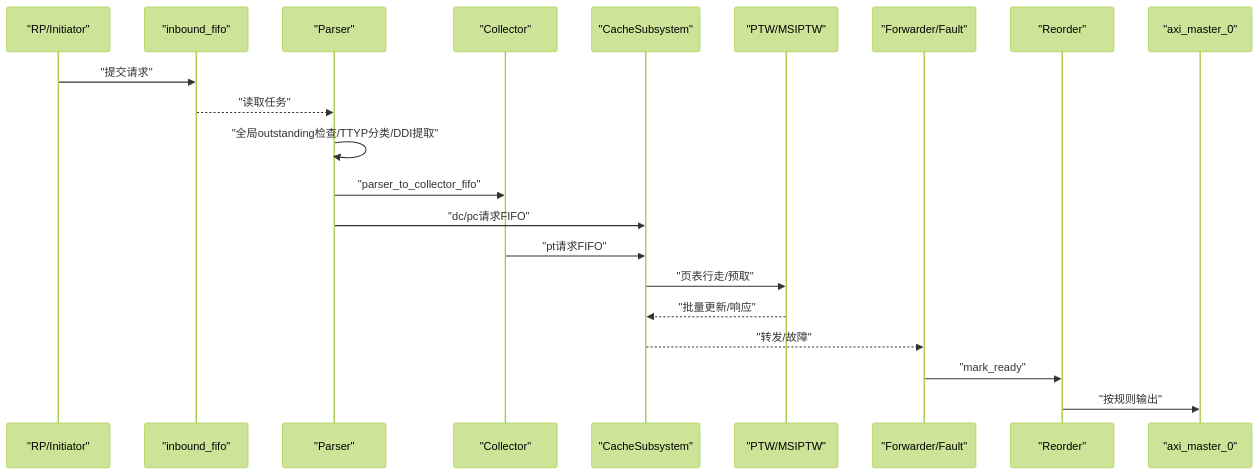
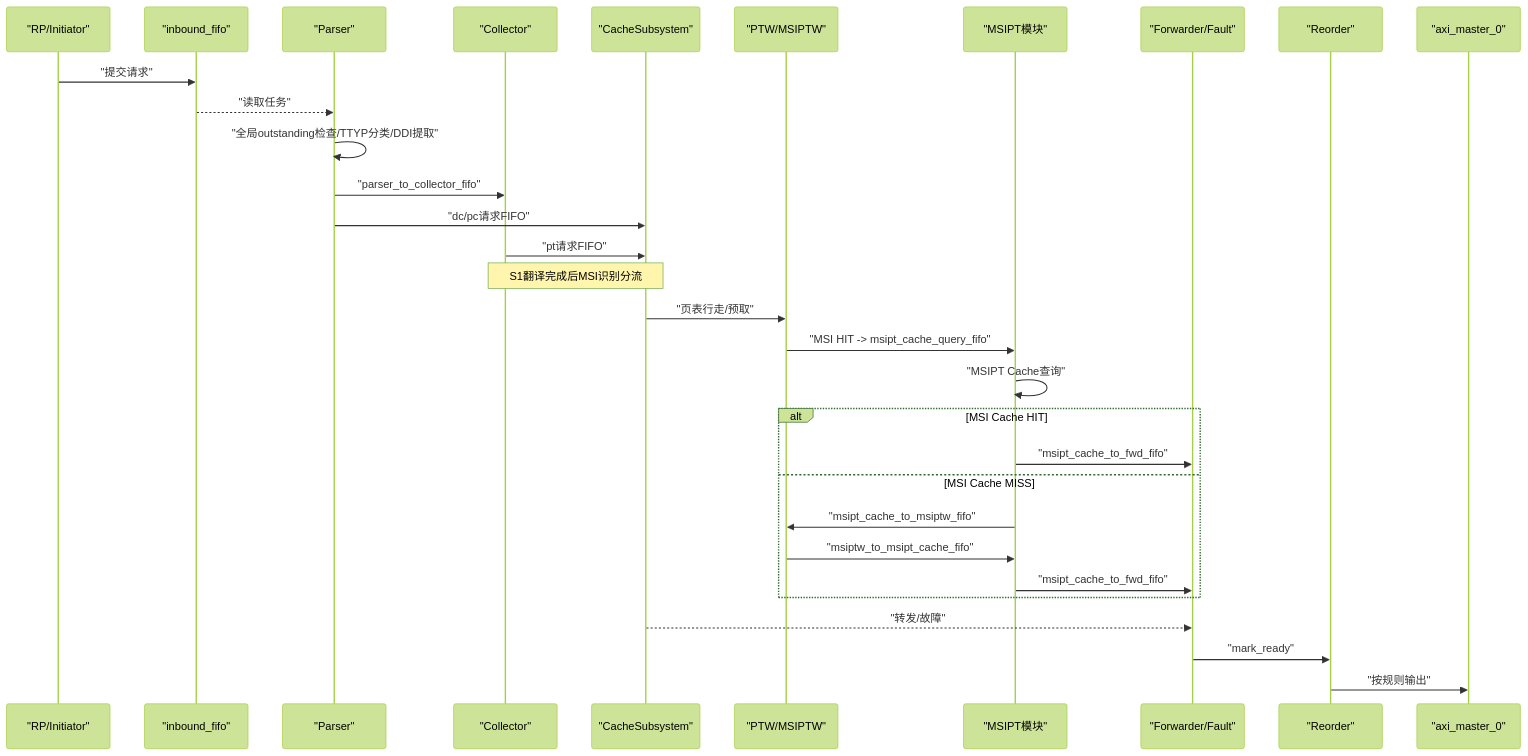
Before and after one commit to jiangjiang1122/iommu_model_20260401_v1: the second of 8 diagrams in .qoder/repowiki/zh/content/核心架构/流水线架构.md, drawn with Mermaid (forest theme). The commit also changed other lines of this file and 159 other files, not shown here.

Commit message:
chore: 更新知识库文档 + 新增PTW并发分析图表与数据文件

````diff
--- a/.qoder/repowiki/zh/content/核心架构/流水线架构.md
+++ b/.qoder/repowiki/zh/content/核心架构/流水线架构.md
@@ -127,23 +157,33 @@
 ```mermaid
 sequenceDiagram
 participant RP as "RP/Initiator"
 participant IN as "inbound_fifo"
 participant P as "Parser"
 participant C as "Collector"
 participant CS as "CacheSubsystem"
 participant PTW as "PTW/MSIPTW"
+participant MSI as "MSIPT模块"
 participant F as "Forwarder/Fault"
 participant R as "Reorder"
 participant OUT as "axi_master_0"
 RP->>IN : "提交请求"
 IN-->>P : "读取任务"
 P->>P : "全局outstanding检查/TTYP分类/DDI提取"
 P->>C : "parser_to_collector_fifo"
 P->>CS : "dc/pc请求FIFO"
 C->>CS : "pt请求FIFO"
+Note over C,CS : S1翻译完成后MSI识别分流
 CS->>PTW : "页表行走/预取"
-PTW-->>CS : "批量更新/响应"
+PTW->>MSI : "MSI HIT -> msipt_cache_query_fifo"
+MSI->>MSI : "MSIPT Cache查询"
+alt MSI Cache HIT
+MSI->>F : "msipt_cache_to_fwd_fifo"
+else MSI Cache MISS
+MSI->>PTW : "msipt_cache_to_msiptw_fifo"
+PTW->>MSI : "msiptw_to_msipt_cache_fifo"
+MSI->>F : "msipt_cache_to_fwd_fifo"
+end
 CS-->>F : "转发/故障"
 F->>R : "mark_ready"
 R->>OUT : "按规则输出"
 ```
````
